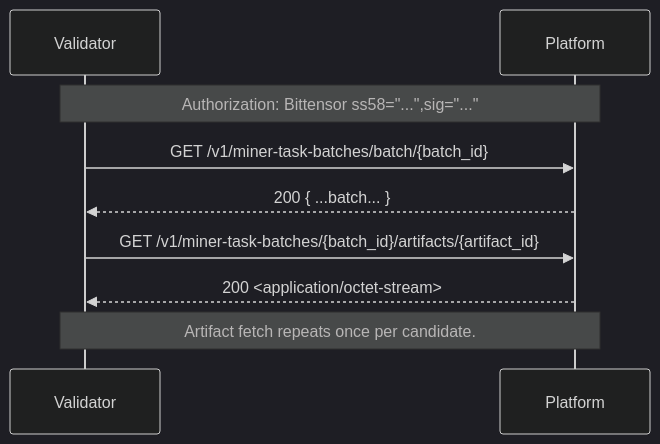
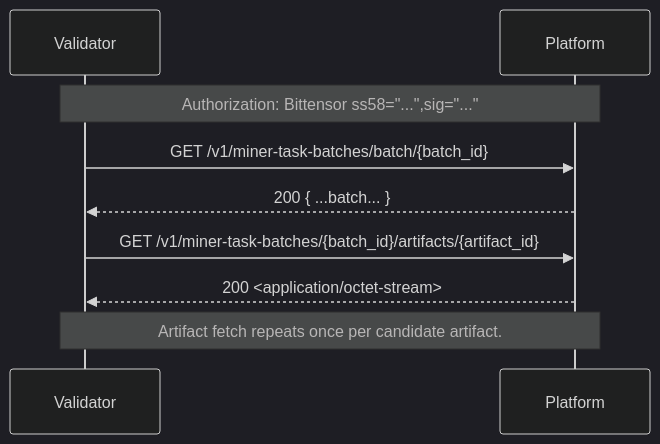
Before and after one commit to caster-hub/caster: the third of 7 diagrams in docs/api/flows.md, drawn with Mermaid (dark theme). The commit also changed other lines of this file and 94 other files, not shown here.

````diff
--- a/docs/api/flows.md
+++ b/docs/api/flows.md
@@ -86,14 +86,14 @@
 ```mermaid
 sequenceDiagram
   participant V as Validator
   participant P as Platform
 
   Note over V,P: Authorization: Bittensor ss58="...",sig="..."
   V->>P: GET /v1/miner-task-batches/batch/{batch_id}
   P-->>V: 200 { ...batch... }
 
   V->>P: GET /v1/miner-task-batches/{batch_id}/artifacts/{artifact_id}
   P-->>V: 200 <application/octet-stream>
 
-  Note over V,P: Artifact fetch repeats once per candidate.
+  Note over V,P: Artifact fetch repeats once per candidate artifact.
 ```
````
